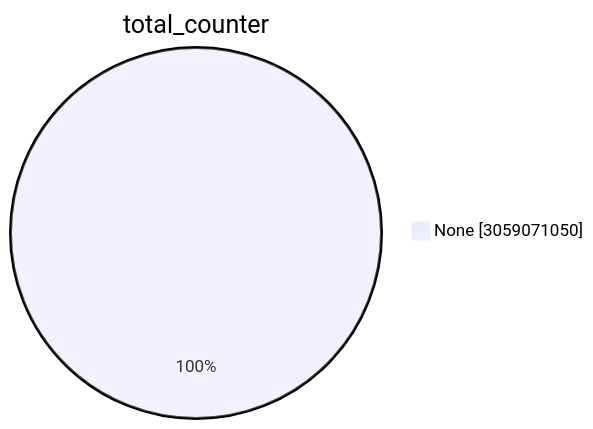
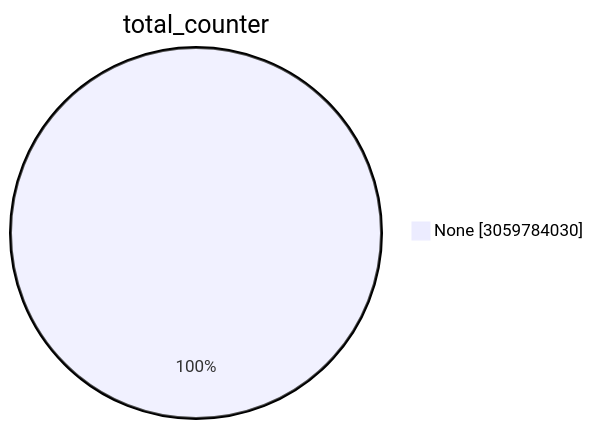
One commit to christiankrug/ctmonitor_visualization changed the first of 15 diagrams in TOTAL/README.md. Above: the diagram before and after it, drawn with Mermaid. The commit also changed other lines of this file, not shown here.

````diff
--- a/TOTAL/README.md
+++ b/TOTAL/README.md
@@ -1,5 +1,5 @@
 ```mermaid
 pie showData
 title total_counter
-"None" :3059071050
+"None" :3059784030
 ```
````
